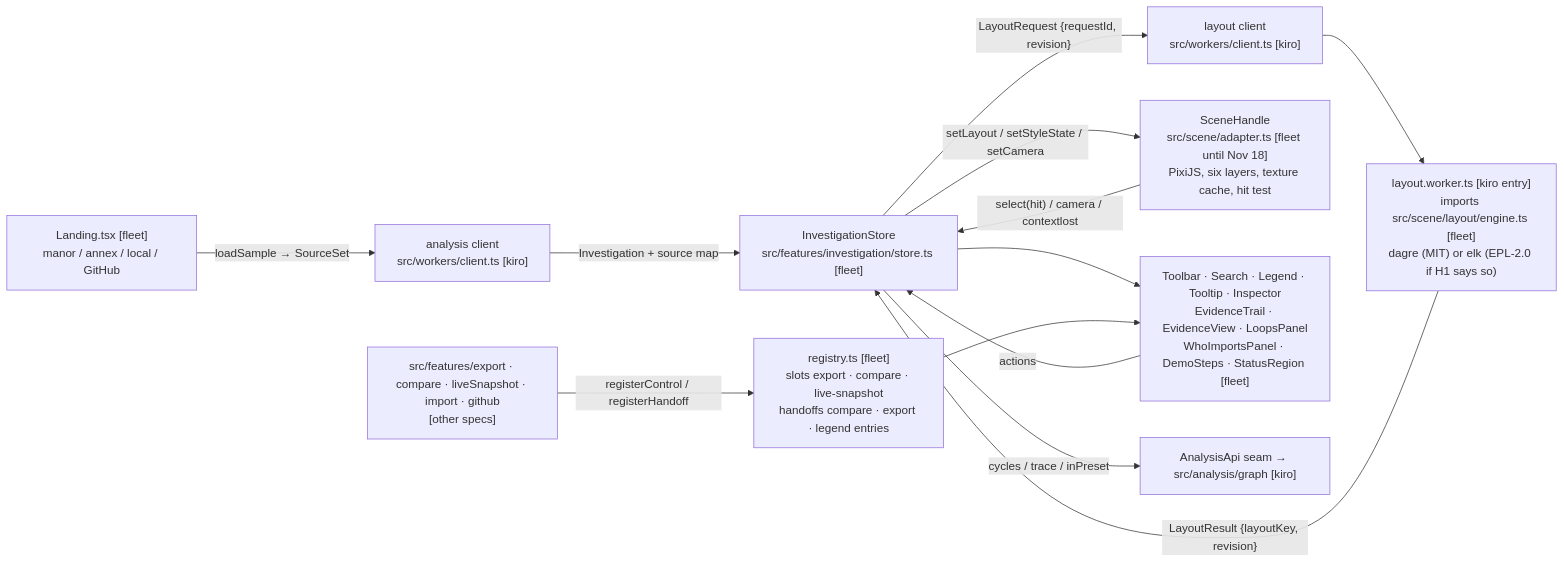
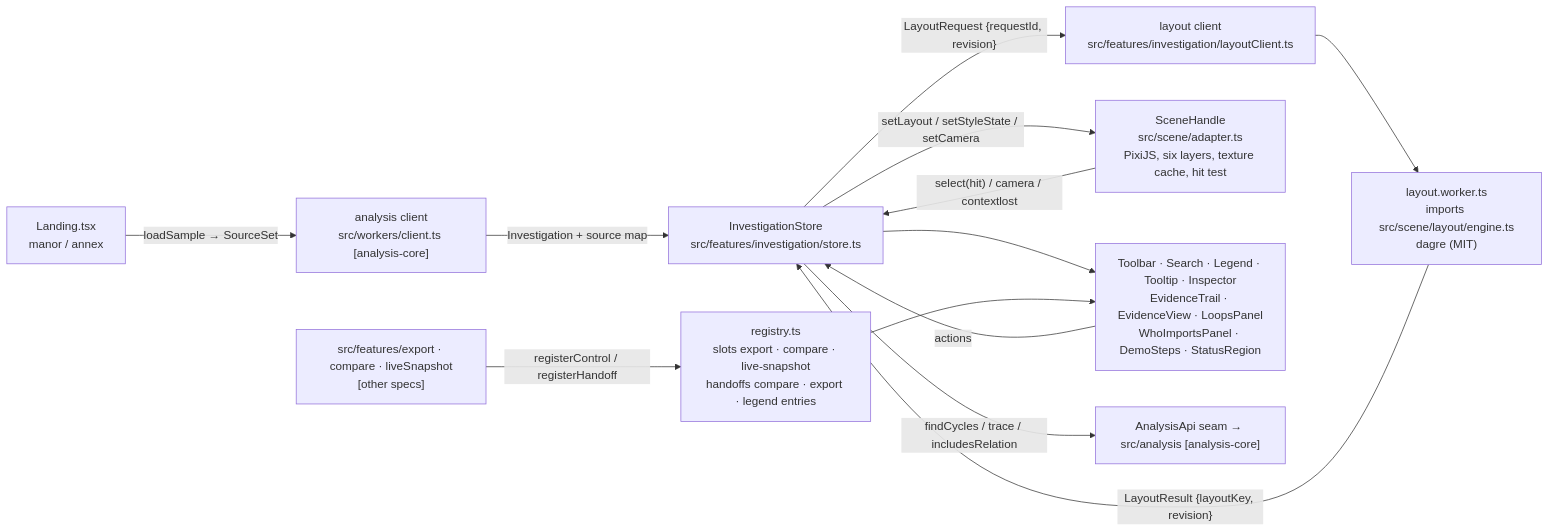
The first of 4 diagrams in .kiro/specs/investigation-ui/design.md (Midknight56/hauntmap), drawn with Mermaid before and after one commit. The commit also changed other lines of this file and 5 other files, not shown here.

````diff
--- a/.kiro/specs/investigation-ui/design.md
+++ b/.kiro/specs/investigation-ui/design.md
@@ -13,15 +13,15 @@
 ```mermaid
 flowchart LR
-  L["Landing.tsx [fleet]<br/>manor / annex / local / GitHub"] -->|"loadSample → SourceSet"| AC["analysis client<br/>src/workers/client.ts [kiro]"]
-  AC -->|"Investigation + source map"| ST["InvestigationStore<br/>src/features/investigation/store.ts [fleet]"]
-  ST -->|"LayoutRequest {requestId, revision}"| LC["layout client<br/>src/workers/client.ts [kiro]"]
-  LC --> LW["layout.worker.ts [kiro entry]<br/>imports src/scene/layout/engine.ts [fleet]<br/>dagre (MIT) or elk (EPL-2.0 if H1 says so)"]
+  L["Landing.tsx<br/>manor / annex"] -->|"loadSample → SourceSet"| AC["analysis client<br/>src/workers/client.ts [analysis-core]"]
+  AC -->|"Investigation + source map"| ST["InvestigationStore<br/>src/features/investigation/store.ts"]
+  ST -->|"LayoutRequest {requestId, revision}"| LC["layout client<br/>src/features/investigation/layoutClient.ts"]
+  LC --> LW["layout.worker.ts<br/>imports src/scene/layout/engine.ts<br/>dagre (MIT)"]
   LW -->|"LayoutResult {layoutKey, revision}"| ST
-  ST -->|"setLayout / setStyleState / setCamera"| SC["SceneHandle<br/>src/scene/adapter.ts [fleet until Nov 18]<br/>PixiJS, six layers, texture cache, hit test"]
+  ST -->|"setLayout / setStyleState / setCamera"| SC["SceneHandle<br/>src/scene/adapter.ts<br/>PixiJS, six layers, texture cache, hit test"]
   SC -->|"select(hit) / camera / contextlost"| ST
-  ST --> UI["Toolbar · Search · Legend · Tooltip · Inspector<br/>EvidenceTrail · EvidenceView · LoopsPanel<br/>WhoImportsPanel · DemoSteps · StatusRegion [fleet]"]
+  ST --> UI["Toolbar · Search · Legend · Tooltip · Inspector<br/>EvidenceTrail · EvidenceView · LoopsPanel<br/>WhoImportsPanel · DemoSteps · StatusRegion"]
   UI -->|"actions"| ST
-  ST -->|"cycles / trace / inPreset"| AA["AnalysisApi seam → src/analysis/graph [kiro]"]
-  REG["registry.ts [fleet]<br/>slots export · compare · live-snapshot<br/>handoffs compare · export · legend entries"] --> UI
-  EXT["src/features/export · compare · liveSnapshot · import · github<br/>[other specs]"] -->|"registerControl / registerHandoff"| REG
+  ST -->|"findCycles / trace / includesRelation"| AA["AnalysisApi seam → src/analysis [analysis-core]"]
+  REG["registry.ts<br/>slots export · compare · live-snapshot<br/>handoffs compare · export · legend entries"] --> UI
+  EXT["src/features/export · compare · liveSnapshot<br/>[other specs]"] -->|"registerControl / registerHandoff"| REG
 ```
````
